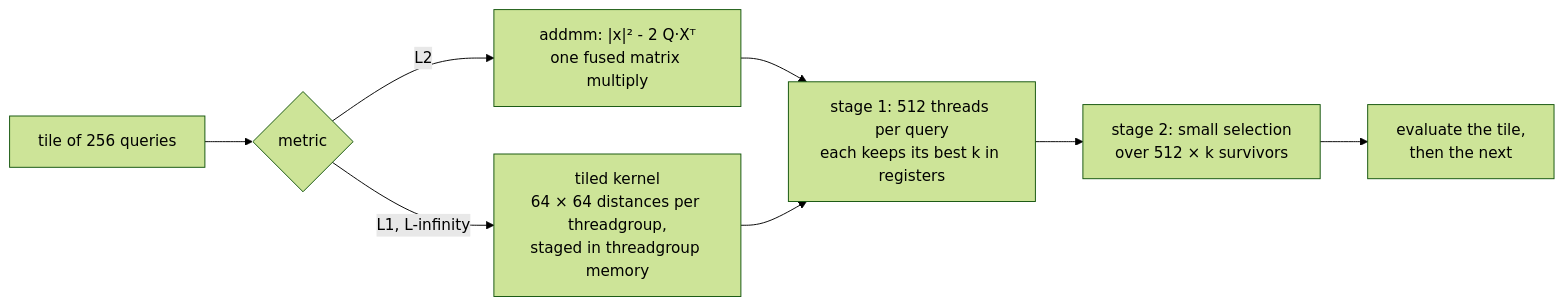
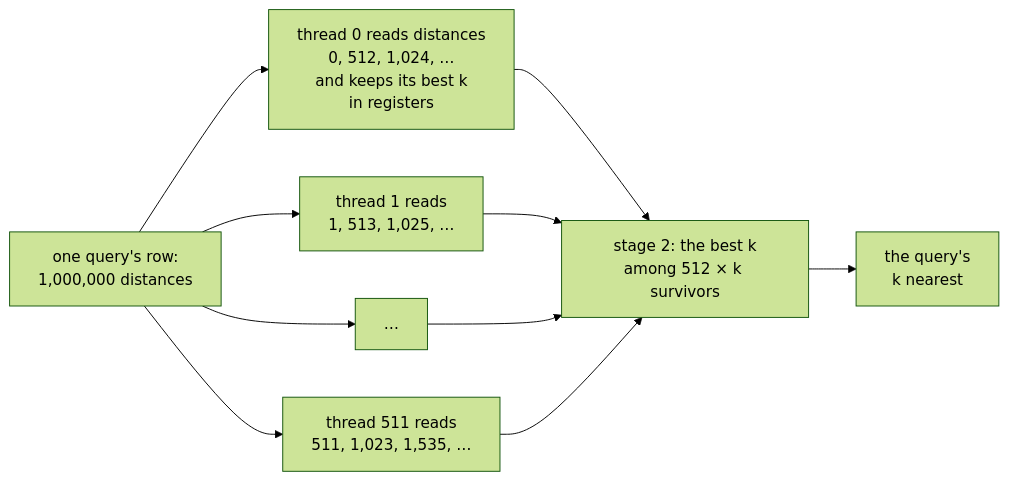
The fourth of 5 diagrams in IMPLEMENTATION.md (vglazer/siann), drawn with Mermaid (forest theme) before and after one commit. The commit also changed other lines of this file, not shown here.

Commit message:
IMPLEMENTATION, On the GPU: the diagram shows the two-stage top-k

````diff
--- a/IMPLEMENTATION.md
+++ b/IMPLEMENTATION.md
@@ -256,10 +258,13 @@
 ```mermaid
 flowchart LR
-    t["tile of 256 queries"] --> d{"metric"}
-    d -- "L2" --> a["addmm: |x|² - 2 Q·Xᵀ<br/>one fused matrix multiply"]
-    d -- "L1, L-infinity" --> b["tiled kernel<br/>64 × 64 distances per threadgroup,<br/>staged in threadgroup memory"]
-    a --> s1["stage 1: 512 threads per query<br/>each keeps its best k in registers"]
-    b --> s1
-    s1 --> s2["stage 2: small selection<br/>over 512 × k survivors"]
-    s2 --> e["evaluate the tile,<br/>then the next"]
+    row["one query's row:<br/>1,000,000 distances"]
+    row --> t0["thread 0 reads distances<br/>0, 512, 1,024, …<br/>and keeps its best k<br/>in registers"]
+    row --> t1["thread 1 reads<br/>1, 513, 1,025, …"]
+    row --> tm["…"]
+    row --> t511["thread 511 reads<br/>511, 1,023, 1,535, …"]
+    t0 --> s2["stage 2: the best k<br/>among 512 × k survivors"]
+    t1 --> s2
+    tm --> s2
+    t511 --> s2
+    s2 --> out["the query's<br/>k nearest"]
 ```
````
